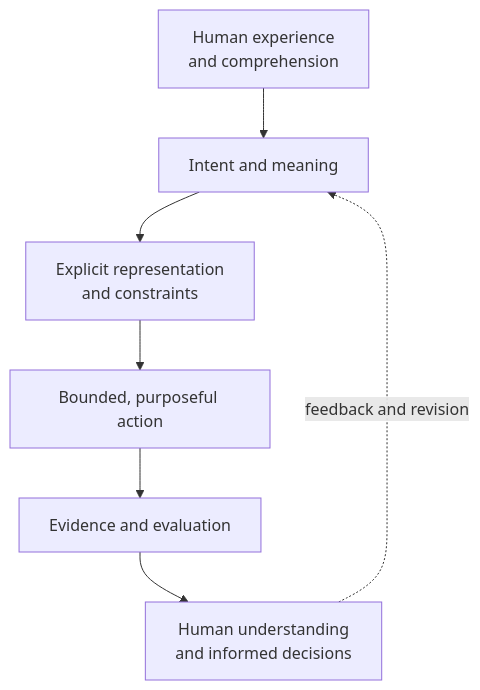
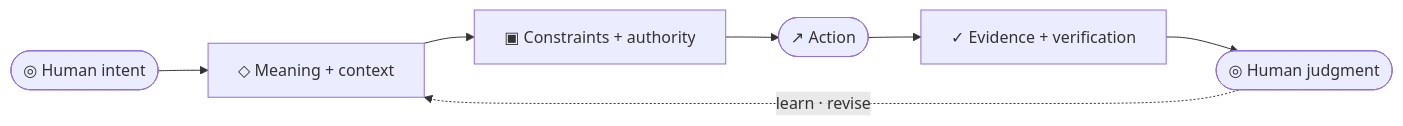
Before and after one commit to zachshallbetter/zachshallbetter: the diagram in README.md, drawn with Mermaid.

Commit message:
Refine profile systems diagram

````diff
--- a/README.md
+++ b/README.md
@@ -19,9 +19,9 @@
 ```mermaid
-flowchart TD
-    H["Human experience<br/>and comprehension"] --> I["Intent and meaning"]
-    I --> R["Explicit representation<br/>and constraints"]
-    R --> A["Bounded, purposeful action"]
-    A --> E["Evidence and evaluation"]
-    E --> C["Human understanding<br/>and informed decisions"]
-    C -. "feedback and revision" .-> I
+flowchart LR
+    H(["◎  Human intent"]) --> M["◇  Meaning + context"]
+    M --> G["▣  Constraints + authority"]
+    G --> A(["↗  Action"])
+    A --> V["✓  Evidence + verification"]
+    V --> U(["◎  Human judgment"])
+    U -. "learn · revise" .-> M
 ```
````
